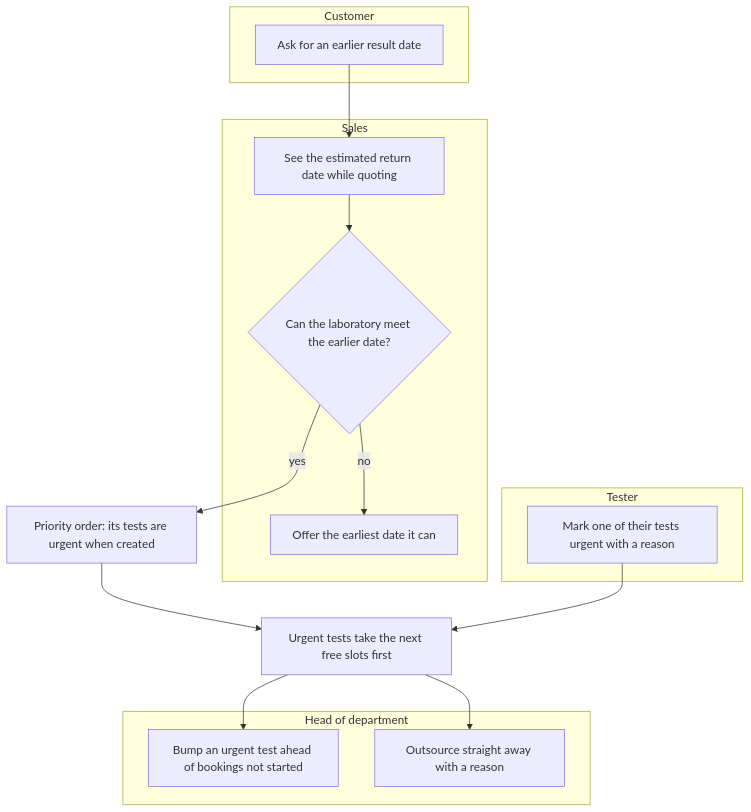
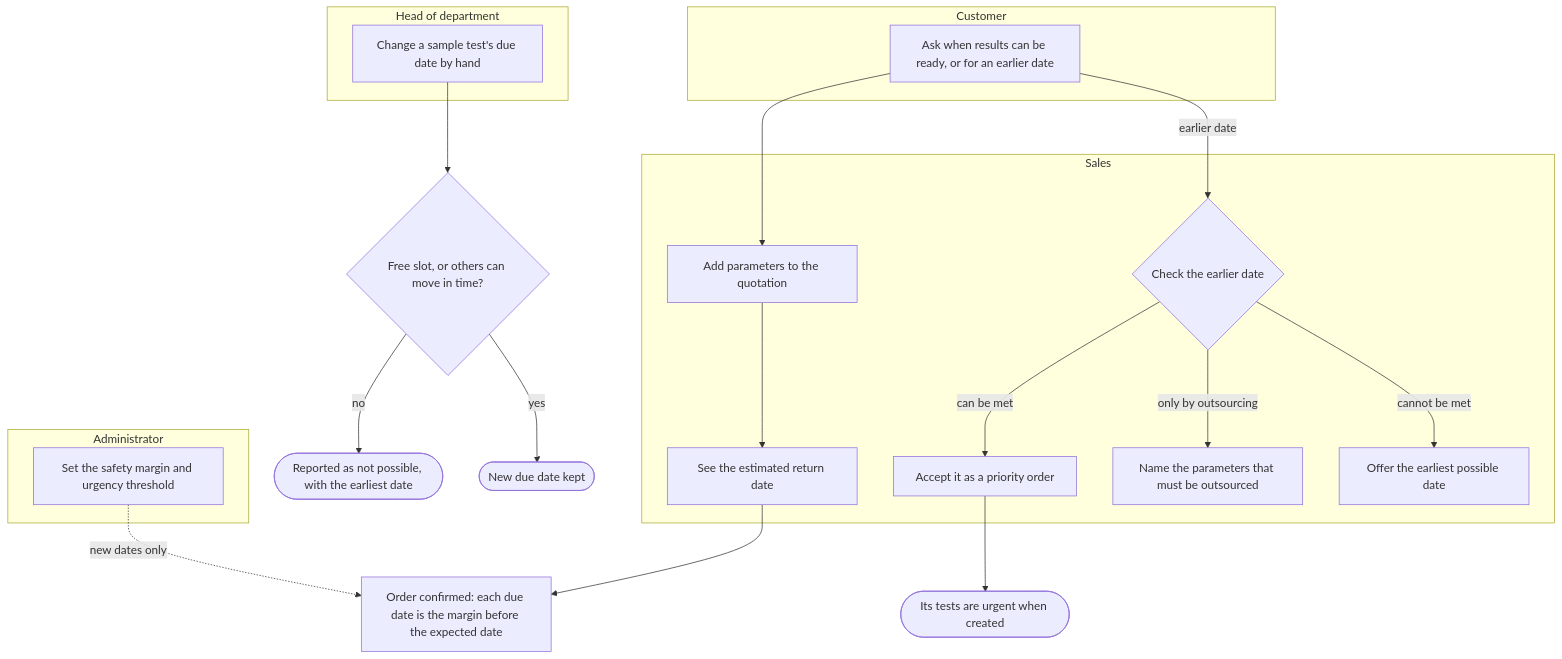
Before and after one commit to SoltuneMontepre/medilab: diagram 14 of 17 in docs/functional/business-flows.md, drawn with Mermaid. The commit also changed other lines of this file and 1 other file, not shown here.

Commit message:
[docs] Separate the machine queue and result dates flows and keep only exceptions that recover

````diff
--- a/docs/functional/business-flows.md
+++ b/docs/functional/business-flows.md
@@ -575,23 +538,29 @@
 ```mermaid
 flowchart TD
-    subgraph lane31 ["Customer"]
-        c1[Ask for an earlier result date]
+    subgraph lane60 ["Customer"]
+        c1[Ask when results can be ready, or for an earlier date]
     end
-    subgraph lane32 ["Sales"]
-        s1[See the estimated return date while quoting] --> s2{Can the laboratory meet the earlier date?}
-        s2 -->|no| s3[Offer the earliest date it can]
+    subgraph lane61 ["Sales"]
+        s1[Add parameters to the quotation] --> s2[See the estimated return date]
+        s3{Check the earlier date}
+        s4[Offer the earliest possible date]
+        s5[Name the parameters that must be outsourced]
+        s6[Accept it as a priority order]
     end
-    subgraph lane33 ["Head of department"]
-        h1[Bump an urgent test ahead of bookings not started]
-        h2[Outsource straight away with a reason]
+    subgraph lane62 ["Head of department"]
+        h1[Change a sample test's due date by hand]
     end
-    subgraph lane34 ["Tester"]
-        t1[Mark one of their tests urgent with a reason]
+    subgraph lane63 ["Administrator"]
+        a1[Set the safety margin and urgency threshold]
     end
     c1 --> s1
-    s2 -->|yes| urgent["Priority order: its tests are urgent when created"]
-    urgent --> queue[Urgent tests take the next free slots first]
-    t1 --> queue
-    queue --> h1
-    queue --> h2
+    s2 --> confirm[Order confirmed: each due date is the margin before the expected date]
+    c1 -->|earlier date| s3
+    s3 -->|can be met| s6 --> urgent([Its tests are urgent when created])
+    s3 -->|only by outsourcing| s5
+    s3 -->|cannot be met| s4
+    h1 --> check{"Free slot, or others can move in time?"}
+    check -->|no| report([Reported as not possible, with the earliest date])
+    check -->|yes| kept([New due date kept])
+    a1 -.->|new dates only| confirm
 ```
````
